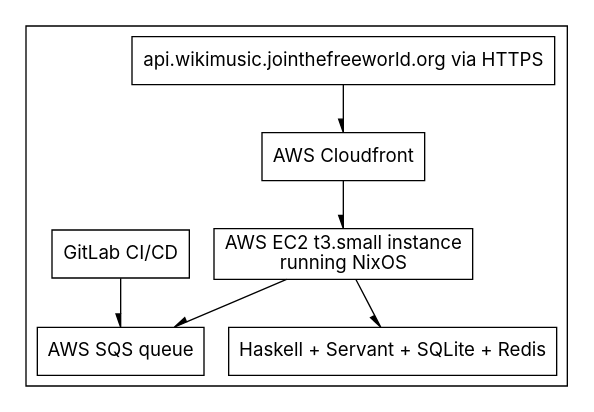
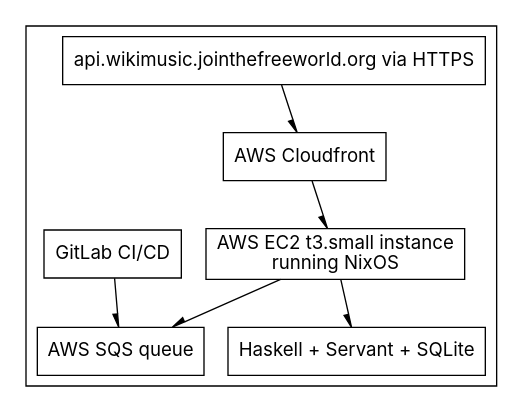
Before and after one commit to jjba23/wikimusic-api: the diagram in README.org, drawn with Graphviz. The commit also changed other lines of this file and 15 other files, not shown here.

```diff
--- a/README.org
+++ b/README.org
@@ -130,24 +127,24 @@
 #+begin_src dot :file resources/images/production-env-diagram.png :exports results :mkdirp yes
   digraph prodenv {
   subgraph clusterA {
   fontname="Inter,Helvetica,Arial,sans-serif"
   node [ shape="box", fontname="Inter,Helvetica,Arial,sans-serif" ]
   edge [ fontname="Inter,Helvetica,Arial,sans-serif", arrowhead="rnormal", arrowtail="dot" ]
 
   I1 [ label="api.wikimusic.jointhefreeworld.org via HTTPS" ]
   I2 [ label="AWS Cloudfront" ]
   I3 [ label="AWS EC2 t3.small instance\nrunning NixOS" ]
-  I4 [ label="Haskell + Servant + SQLite + Redis" ]
+  I4 [ label="Haskell + Servant + SQLite" ]
   I5 [ label="GitLab CI/CD" ]
   I6 [ label="AWS SQS queue" ]
 
 
   I1 -> I2;
   I2 -> I3;
   I3 -> I4;
   I5 -> I6;
   I3 -> I6;
 
   }
   }
 #+end_src
```
